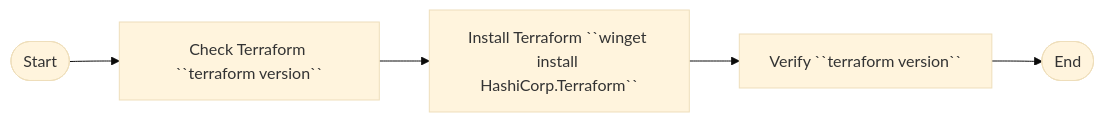
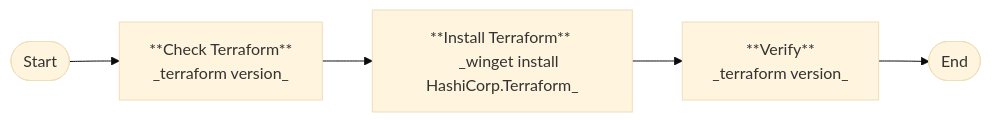
One commit to lukesearchwell/terraform-aws-infra changed the diagram in 01-terraform-install/notes.md. Above: the diagram before and after it, drawn with Mermaid (base theme).

Commit message:
Updated terraform install process diagram.

````diff
--- a/01-terraform-install/notes.md
+++ b/01-terraform-install/notes.md
@@ -3,14 +3,17 @@
 ```mermaid
 
 flowchart LR
     1([Start])
-    2[Check Terraform ``terraform version``]
-    3[Install Terraform ``winget install HashiCorp.Terraform``]
-    4[Verify ``terraform version``]
+    2[**Check Terraform** 
+    _terraform version_]
+    3[**Install Terraform** 
+    _winget install HashiCorp.Terraform_]
+    4[**Verify** 
+    _terraform version_]
     5([End])
 
 1 --> 2
 2 --> 3
 3 --> 4
 4 --> 5
 ```
````
